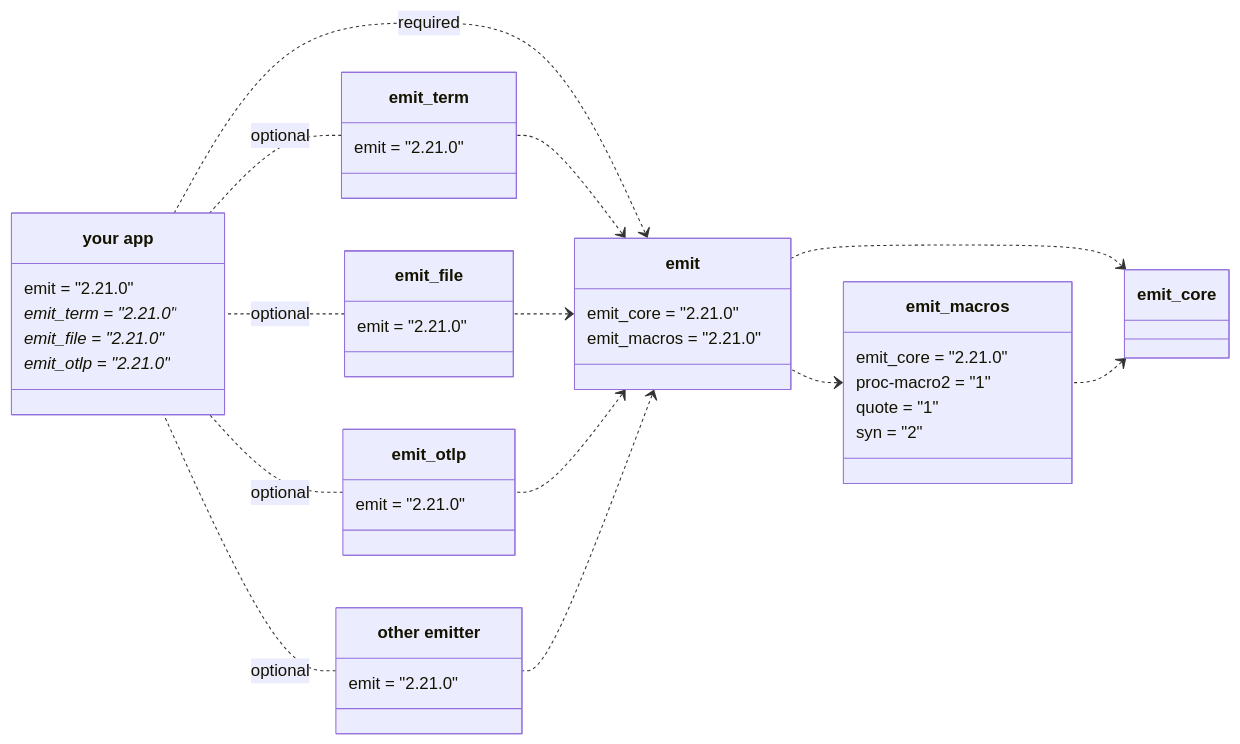
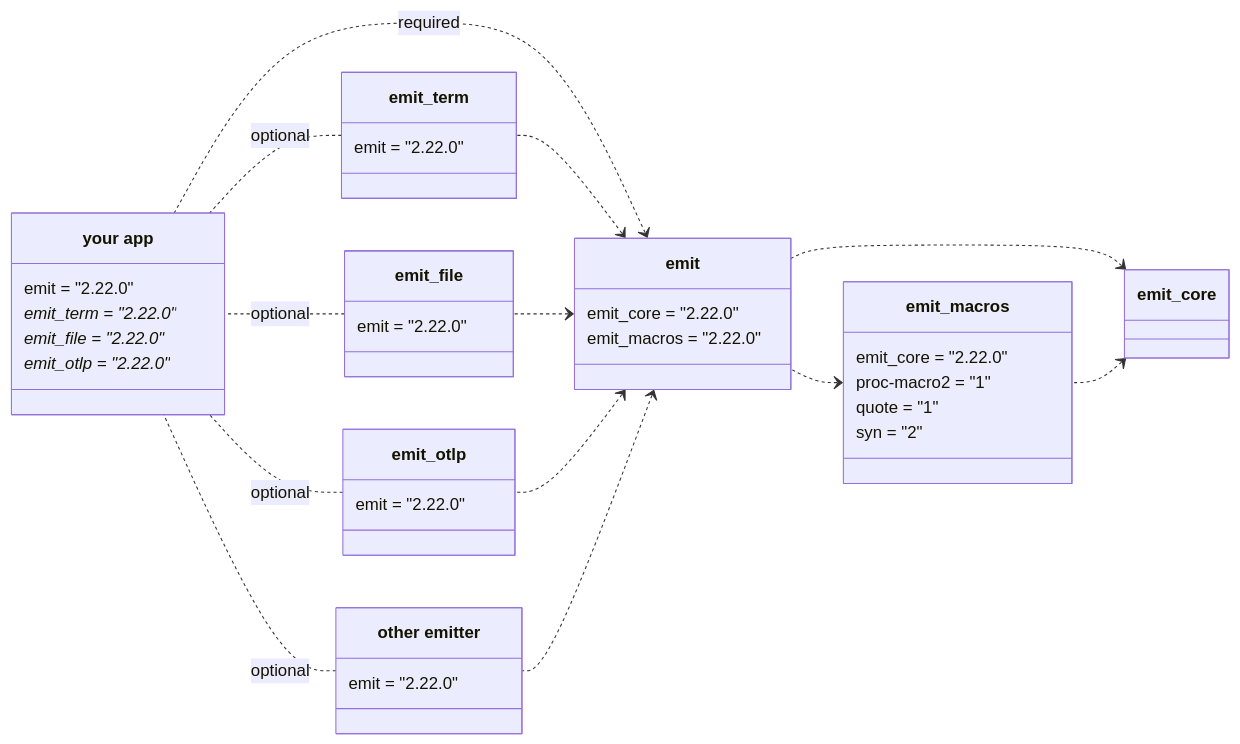
Before and after one commit to emit-rs/emit: the first of 5 diagrams in book/src/reference/architecture.md, drawn with Mermaid. The commit also changed other lines of this file and 73 other files, not shown here.

````diff
--- a/book/src/reference/architecture.md
+++ b/book/src/reference/architecture.md
@@ -9,62 +9,62 @@
 ```mermaid
 classDiagram
     direction RL
     
     emit_core <.. emit_macros
     emit_core <.. emit
     emit_macros <.. emit
 
     class emit_macros {
-        emit_core = "2.21.0"
+        emit_core = "2.22.0"
         proc-macro2 = "1"
         quote = "1"
         syn = "2"
     }
 
     emit <.. emit_term
     emit <.. emit_file
     emit <.. emit_otlp
     emit <.. emit_custom
 
     emit <.. app : required
 
     class emit {
-        emit_core = "2.21.0"
-        emit_macros = "2.21.0"
+        emit_core = "2.22.0"
+        emit_macros = "2.22.0"
     }
 
     emit_term .. app : optional
     emit_file .. app : optional
     emit_otlp .. app : optional
     emit_custom .. app : optional
 
     class emit_term {
-        emit = "2.21.0"
+        emit = "2.22.0"
     }
 
     class emit_file {
-        emit = "2.21.0"
+        emit = "2.22.0"
     }
 
     class emit_otlp {
-        emit = "2.21.0"
+        emit = "2.22.0"
     }
 
     class emit_custom["other emitter"] {
-        emit = "2.21.0"
+        emit = "2.22.0"
     }
 
     class app["your app"] {
-        emit = "2.21.0"
-        emit_term = "2.21.0"*
-        emit_file = "2.21.0"*
-        emit_otlp = "2.21.0"*
+        emit = "2.22.0"
+        emit_term = "2.22.0"*
+        emit_file = "2.22.0"*
+        emit_otlp = "2.22.0"*
     }
 
     click emit_core href "https://docs.rs/emit_core/1.21.0/emit_core/index.html"
-    click emit_macros href "https://docs.rs/emit_macros/2.21.0/emit_macros/index.html"
-    click emit href "https://docs.rs/emit/2.21.0/emit/index.html"
-    click emit_term href "https://docs.rs/emit_term/2.21.0/emit_term/index.html"
-    click emit_file href "https://docs.rs/emit_file/2.21.0/emit_file/index.html"
-    click emit_otlp href "https://docs.rs/emit_otlp/2.21.0/emit_otlp/index.html"
+    click emit_macros href "https://docs.rs/emit_macros/2.22.0/emit_macros/index.html"
+    click emit href "https://docs.rs/emit/2.22.0/emit/index.html"
+    click emit_term href "https://docs.rs/emit_term/2.22.0/emit_term/index.html"
+    click emit_file href "https://docs.rs/emit_file/2.22.0/emit_file/index.html"
+    click emit_otlp href "https://docs.rs/emit_otlp/2.22.0/emit_otlp/index.html"
 ```
````
